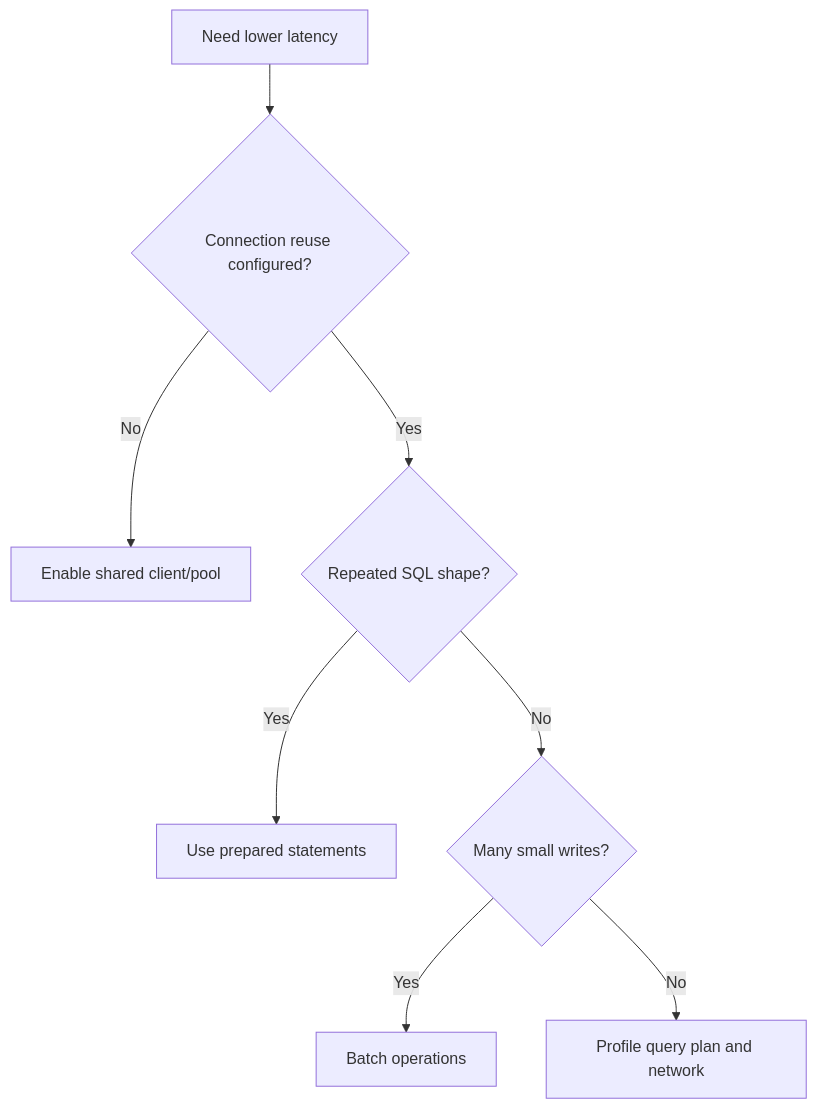
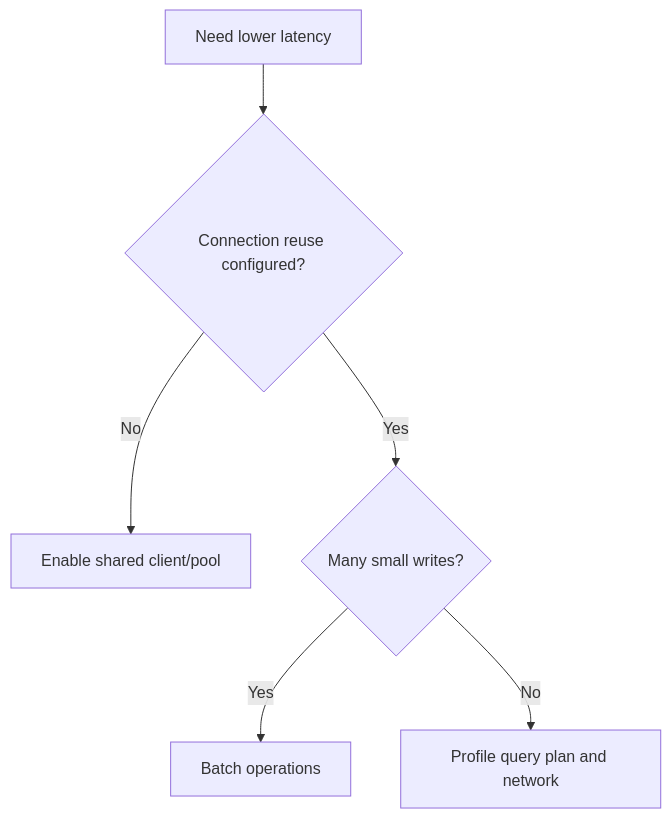
Before and after one commit to cubrid-lab/cubrid-client: the third of 3 diagrams in docs/PERFORMANCE.md, drawn with Mermaid. The commit also changed other lines of this file and 23 other files, not shown here.

````diff
--- a/docs/PERFORMANCE.md
+++ b/docs/PERFORMANCE.md
@@ -57,10 +56,8 @@
 ```mermaid
 flowchart TD
     Start[Need lower latency] --> Pool{Connection reuse configured?}
     Pool -->|No| Reuse[Enable shared client/pool]
-    Pool -->|Yes| Prepare{Repeated SQL shape?}
-    Prepare -->|Yes| Stmt[Use prepared statements]
-    Prepare -->|No| Batch{Many small writes?}
+    Pool -->|Yes| Batch{Many small writes?}
     Batch -->|Yes| Group[Batch operations]
     Batch -->|No| Profile[Profile query plan and network]
 ```
````
